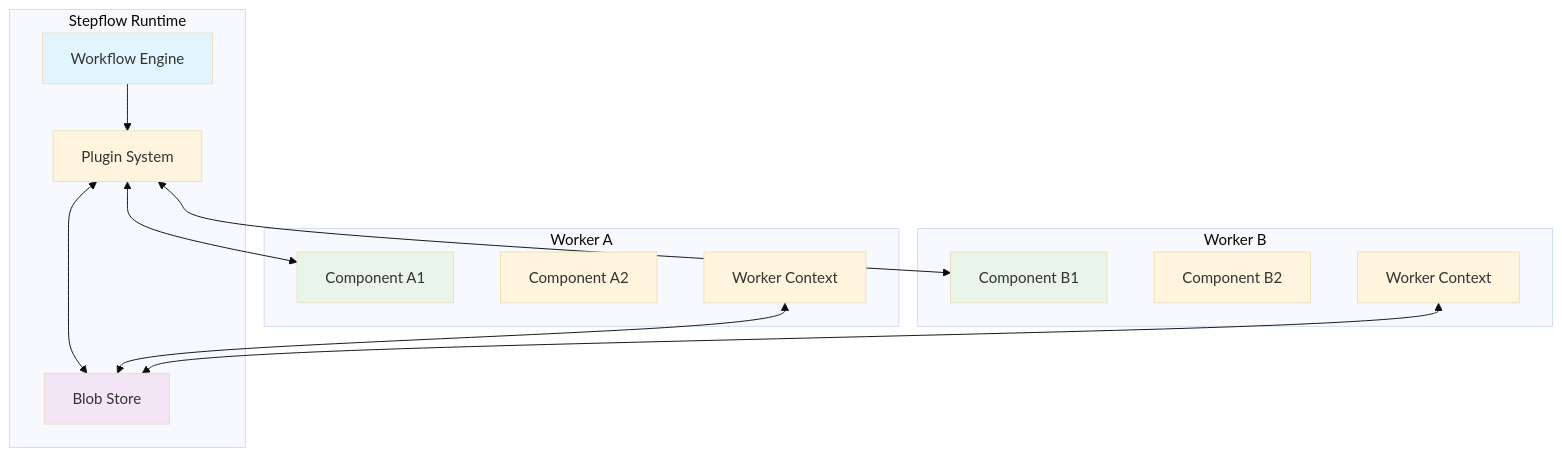
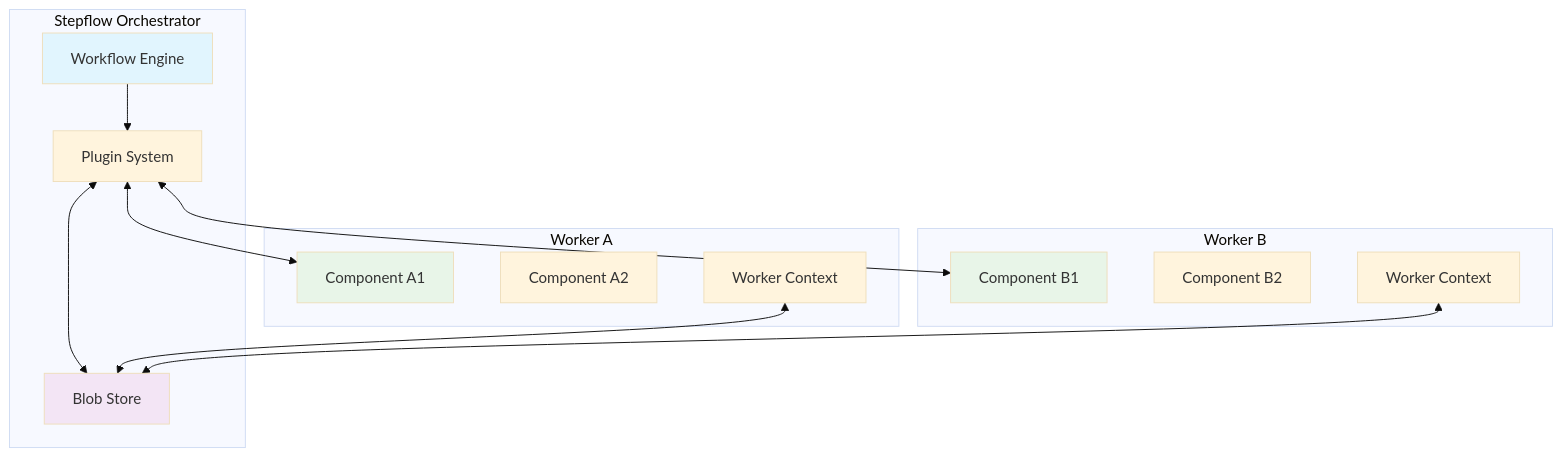
Before and after one commit to stepflow-ai/stepflow: the first of 3 diagrams in docs/docs/protocol/index.md, drawn with Mermaid (base theme). The commit also changed other lines of this file and 28 other files, not shown here.

First line of the commit message:
docs: Update documentation for gRPC-first architecture

````diff
--- a/docs/docs/protocol/index.md
+++ b/docs/docs/protocol/index.md
@@ -17,32 +17,32 @@
 ```mermaid
 graph TB
-    subgraph "Stepflow Runtime"
+    subgraph "Stepflow Orchestrator"
         WE[Workflow Engine]
         PS[Plugin System]
         BS[Blob Store]
     end
 
     subgraph "Worker A"
         CA1[Component A1]
         CA2[Component A2]
         CTX[Worker Context]
     end
 
     subgraph "Worker B"
         CB1[Component B1]
         CB2[Component B2]
         CTX2[Worker Context]
     end
 
     WE --> PS
     PS <--> CA1
     PS <--> CB1
     PS <--> BS
     CTX <--> BS
     CTX2 <--> BS
 
     style WE fill:#e1f5fe
     style BS fill:#f3e5f5
     style CA1 fill:#e8f5e8
     style CB1 fill:#e8f5e8
 ```
````
